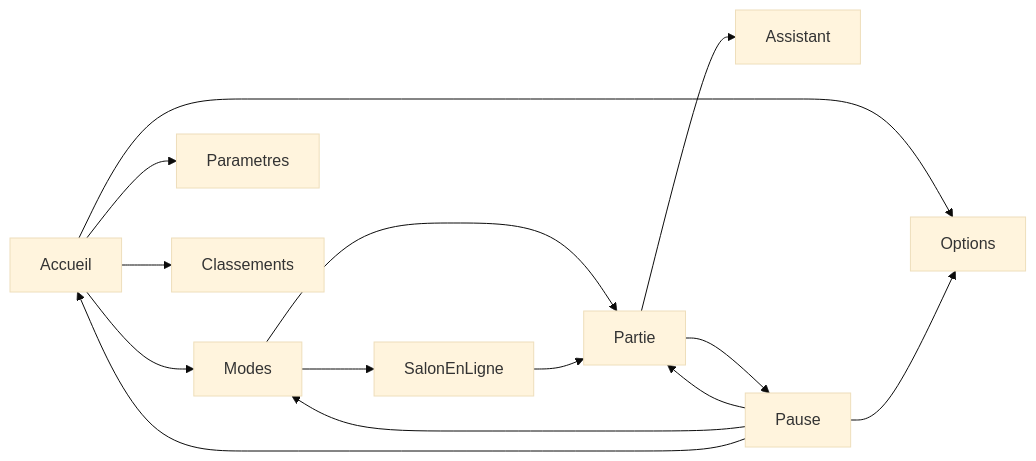
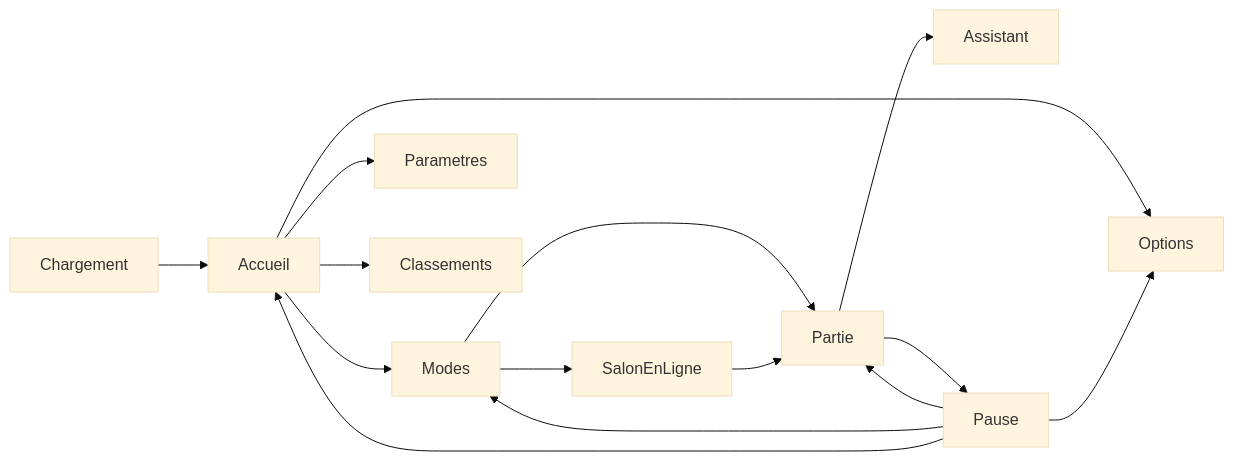
Before and after one commit to naanouff/w3dts-chessmaster: the diagram in docs/maquette-ui.md, drawn with Mermaid (base theme). The commit also changed other lines of this file and 19 other files, not shown here.

````diff
--- a/docs/maquette-ui.md
+++ b/docs/maquette-ui.md
@@ -13,25 +15,27 @@
 ```mermaid
 flowchart LR
+  chargement[Chargement]
   accueil[Accueil]
   modes[Modes]
   salon[SalonEnLigne]
   partie[Partie]
   assistant[Assistant]
   pause[Pause]
   options[Options]
   parametres[Parametres]
   classements[Classements]
+  chargement --> accueil
   accueil --> modes
   accueil --> classements
   accueil --> options
   accueil --> parametres
   modes --> partie
   modes --> salon
   salon --> partie
   partie --> assistant
   partie --> pause
   pause --> partie
   pause --> modes
   pause --> options
   pause --> accueil
 ```
````
